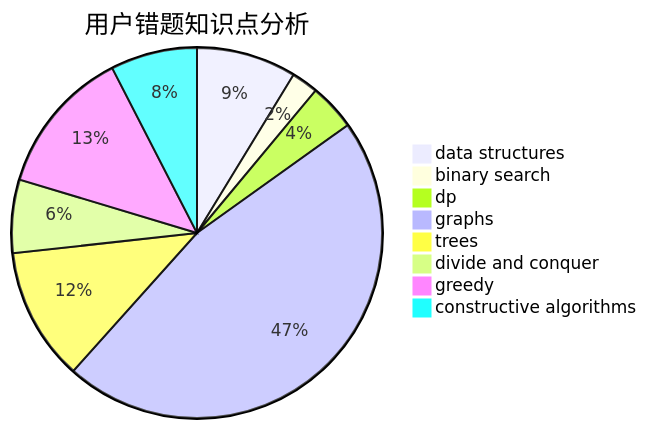
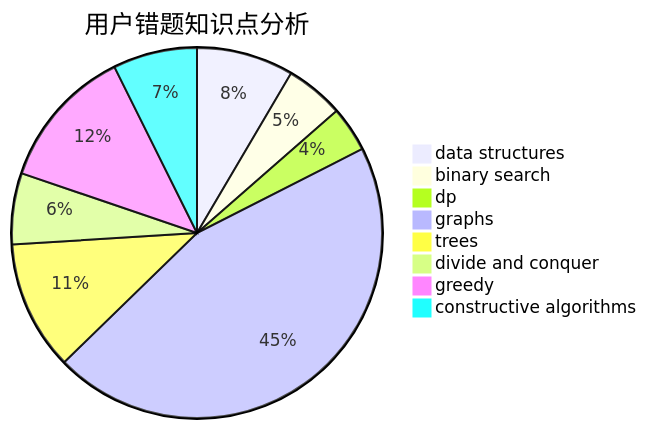
The third of 3 diagrams in docs/user/u2640.md (sherpahu/cfrs.github.io), drawn with Mermaid before and after one commit. The commit also changed other lines of this file and 2770 other files, not shown here.

````diff
--- a/docs/user/u2640.md
+++ b/docs/user/u2640.md
@@ -36,11 +36,11 @@
 ```mermaid
 pie title 用户错题知识点分析
     "data structures" :  15
-    "binary search" :  4
+    "binary search" :  9
     "dp" :  7
     "graphs" :  80
     "trees" :  20
     "divide and conquer" :  11
     "greedy" :  22
     "constructive algorithms" :  13
 ```
````
